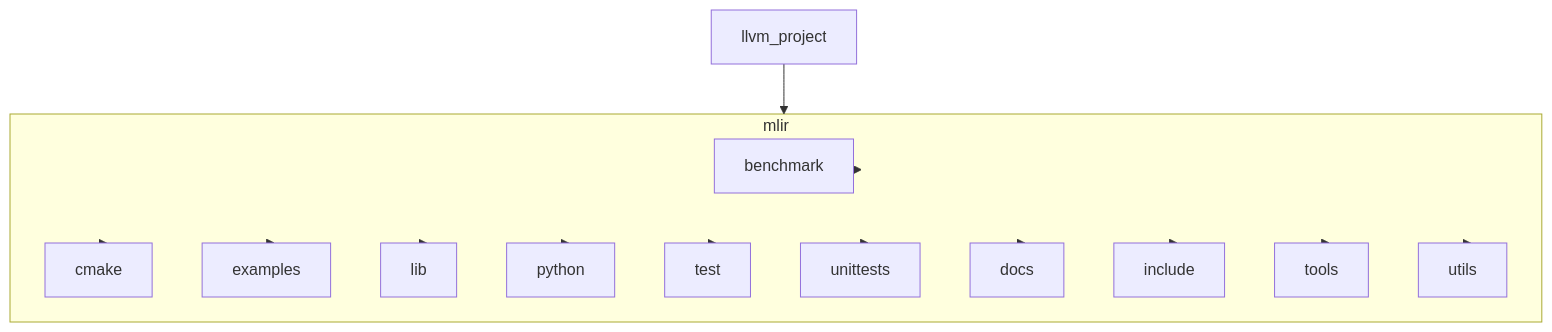
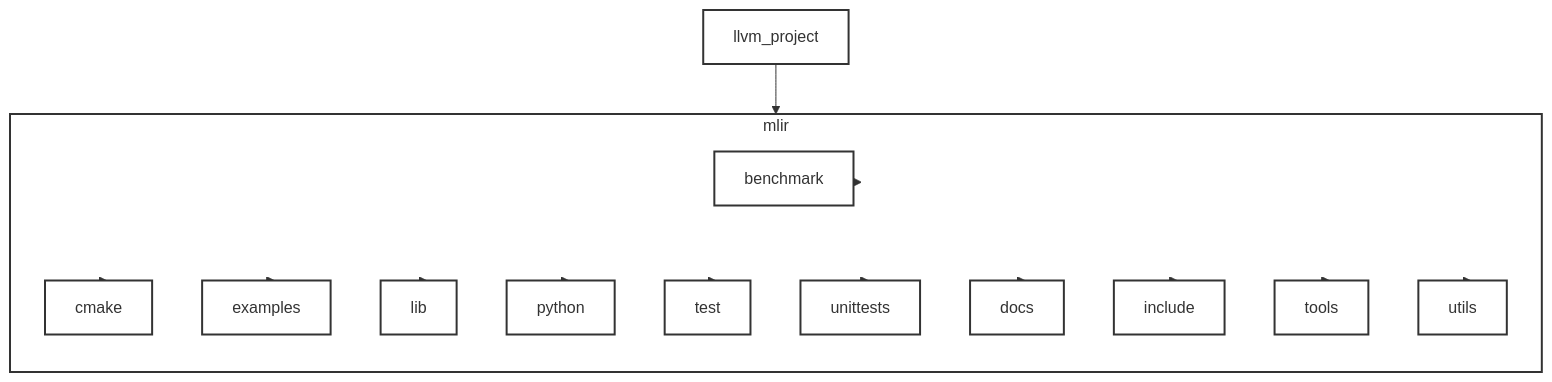
Before and after one commit to Ameya674/mlir_for_beginners: the third of 3 diagrams in Introduction.md, drawn with Mermaid.

````diff
--- a/Introduction.md
+++ b/Introduction.md
@@ -142,33 +142,38 @@
 ```mermaid
 graph TD
   llvm_project["llvm_project"]
   mlir["mlir"]
 
   llvm_project --> mlir
 
   subgraph mlir
+    direction TB
     benchmark
     cmake
     examples
     lib
     python
     test
     unittests
     docs
     include
     tools
     utils
   end
 
   mlir --> benchmark
   mlir --> cmake
   mlir --> examples
   mlir --> lib
   mlir --> python
   mlir --> test
   mlir --> unittests
   mlir --> docs
   mlir --> include
   mlir --> tools
   mlir --> utils
+
+  classDef default fill:#fff,stroke:#333,stroke-width:2px;
+  class mlir,benchmark,cmake,examples,lib,python,test,unittests,docs,include,tools,utils default;
+
 ```
````
